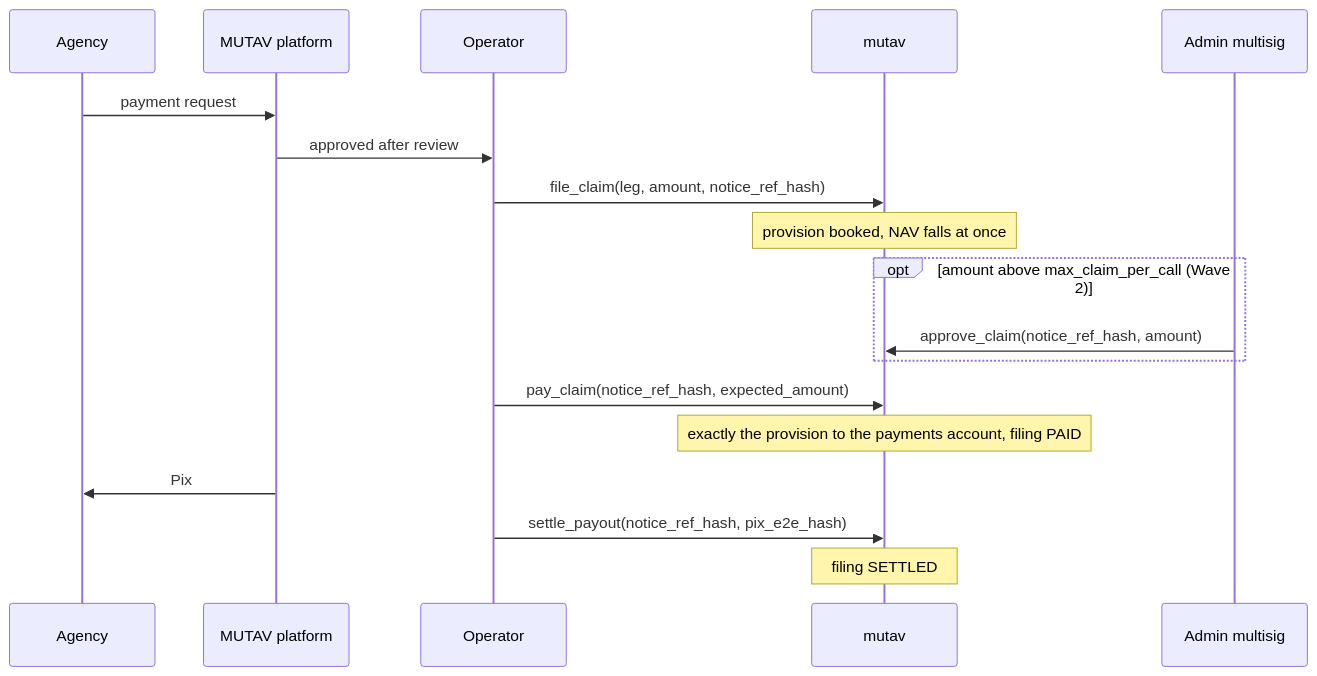
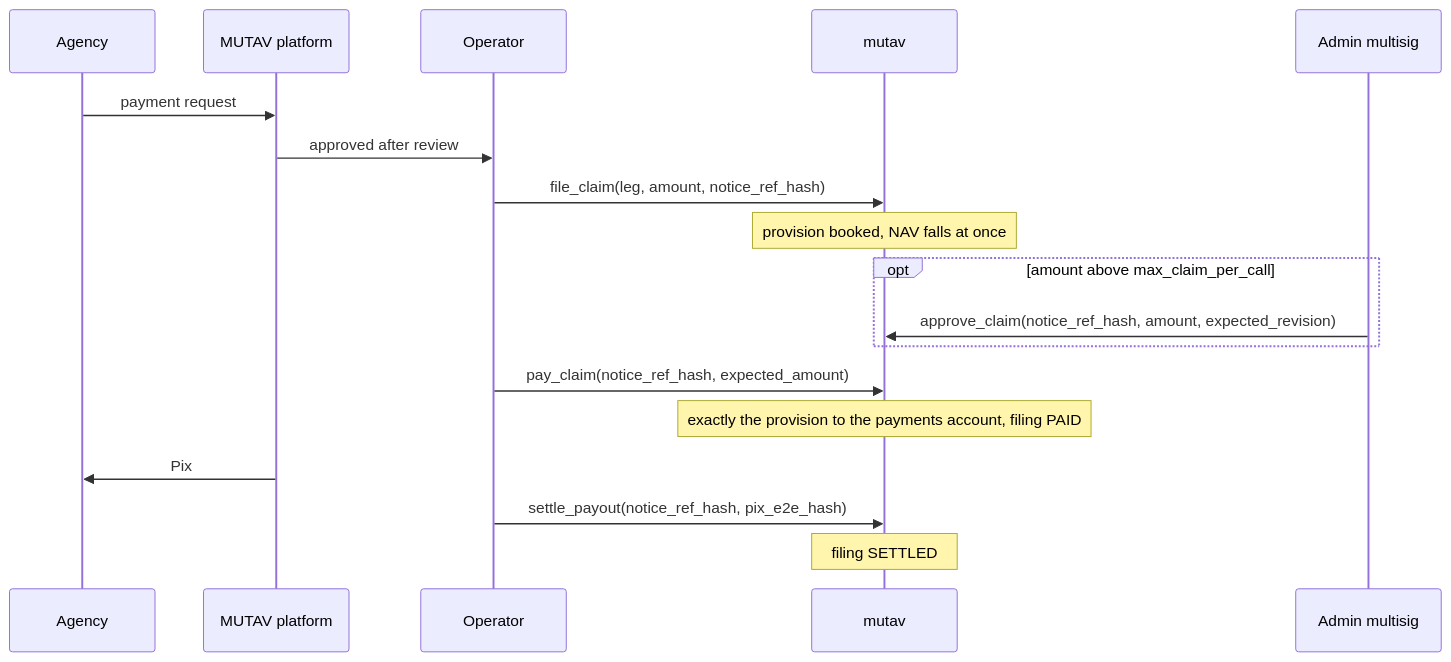
One commit to mutav-finance/mutav-protocol-solana changed the third of 3 diagrams in docs/architecture/money-flows.md. Above: the diagram before and after it, drawn with Mermaid. The commit also changed other lines of this file and 31 other files, not shown here.

First line of the commit message:
docs: admin cancel parks (ADR 0030); approve_claim is live

````diff
--- a/docs/architecture/money-flows.md
+++ b/docs/architecture/money-flows.md
@@ -140,20 +140,20 @@
 ```mermaid
 sequenceDiagram
   participant Agency
   participant Platform as MUTAV platform
   participant Op as Operator
   participant Program as mutav
   participant Admin as Admin multisig
   Agency->>Platform: payment request
   Platform->>Op: approved after review
   Op->>Program: file_claim(leg, amount, notice_ref_hash)
   Note over Program: provision booked, NAV falls at once
-  opt amount above max_claim_per_call (Wave 2)
-    Admin->>Program: approve_claim(notice_ref_hash, amount)
+  opt amount above max_claim_per_call
+    Admin->>Program: approve_claim(notice_ref_hash, amount, expected_revision)
   end
   Op->>Program: pay_claim(notice_ref_hash, expected_amount)
   Note over Program: exactly the provision to the payments account, filing PAID
   Platform->>Agency: Pix
   Op->>Program: settle_payout(notice_ref_hash, pix_e2e_hash)
   Note over Program: filing SETTLED
 ```
````
